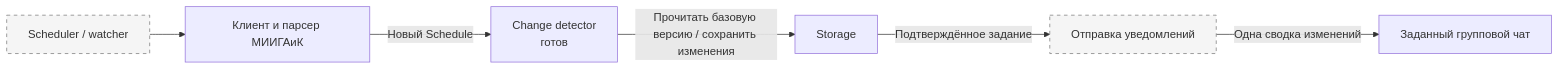
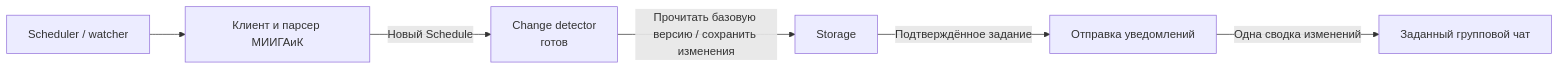
Before and after one commit to LeezyWannaFall/Lunara: the second of 2 diagrams in README.md, drawn with Mermaid. The commit also changed other lines of this file and 1 other file, not shown here.

Commit message:
docs: describe watcher and notification delivery

````diff
--- a/README.md
+++ b/README.md
@@ -57,10 +57,8 @@
 ```mermaid
 flowchart LR
     Watcher["Scheduler / watcher"] --> Source["Клиент и парсер МИИГАиК"]
     Source -->|"Новый Schedule"| Detector["Change detector<br/>готов"]
     Detector -->|"Прочитать базовую версию / сохранить изменения"| Storage
     Storage -->|"Подтверждённое задание"| Sender["Отправка уведомлений"]
     Sender -->|"Одна сводка изменений"| Chat["Заданный групповой чат"]
-    classDef planned fill:#f5f5f5,stroke:#777,stroke-dasharray:5 5;
-    class Watcher,Sender planned;
 ```
````
